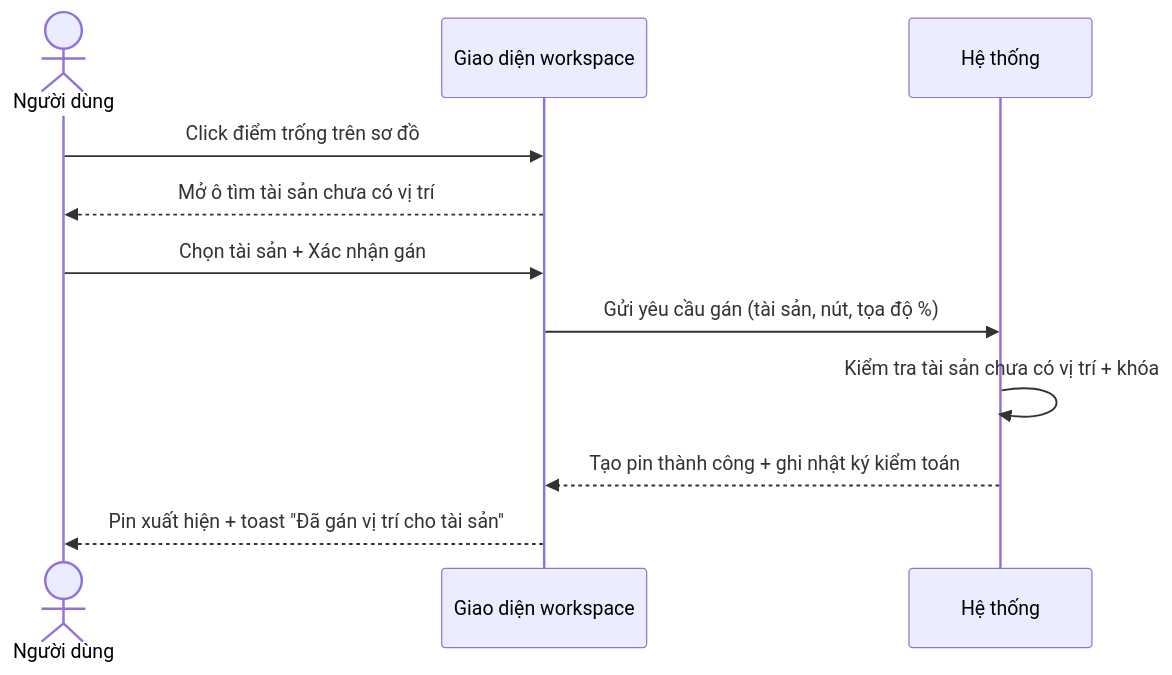
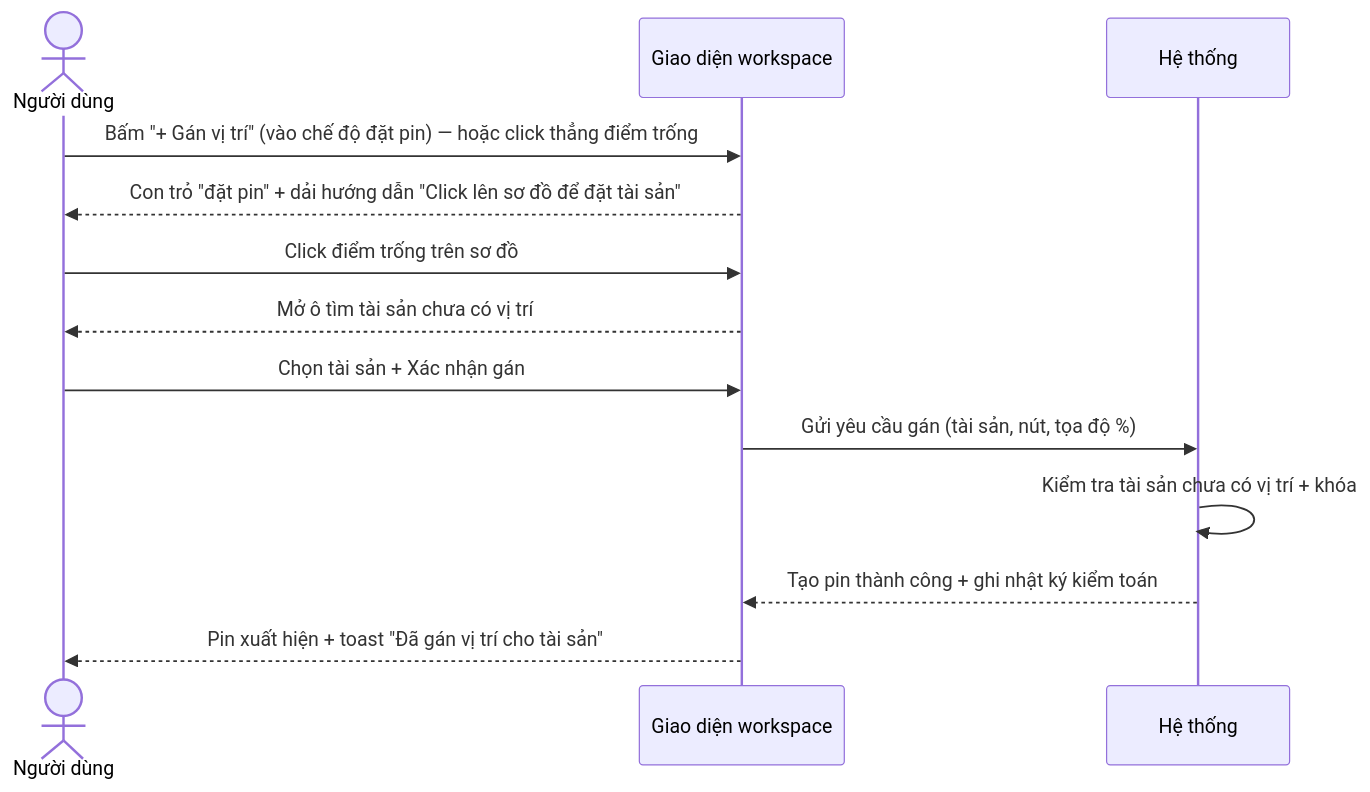
The second of 5 diagrams in Quản lý bảo trì/docs/BanDoTaiSan/Workspace/srs.md (nghikc/LDP), drawn with Mermaid before and after one commit. The commit also changed other lines of this file and 10 other files, not shown here.

First line of the commit message:
Một vị trí chứa nhiều tài sản + click vị trí xem danh sách

````diff
--- a/Quản lý bảo trì/docs/BanDoTaiSan/Workspace/srs.md
+++ b/Quản lý bảo trì/docs/BanDoTaiSan/Workspace/srs.md
@@ -71,13 +73,15 @@
 ```mermaid
 sequenceDiagram
   actor U as Người dùng
   participant FE as Giao diện workspace
   participant BE as Hệ thống
+  U->>FE: Bấm "+ Gán vị trí" (vào chế độ đặt pin) — hoặc click thẳng điểm trống
+  FE-->>U: Con trỏ "đặt pin" + dải hướng dẫn "Click lên sơ đồ để đặt tài sản"
   U->>FE: Click điểm trống trên sơ đồ
   FE-->>U: Mở ô tìm tài sản chưa có vị trí
   U->>FE: Chọn tài sản + Xác nhận gán
   FE->>BE: Gửi yêu cầu gán (tài sản, nút, tọa độ %)
   BE->>BE: Kiểm tra tài sản chưa có vị trí + khóa
   BE-->>FE: Tạo pin thành công + ghi nhật ký kiểm toán
   FE-->>U: Pin xuất hiện + toast "Đã gán vị trí cho tài sản"
 ```
````
